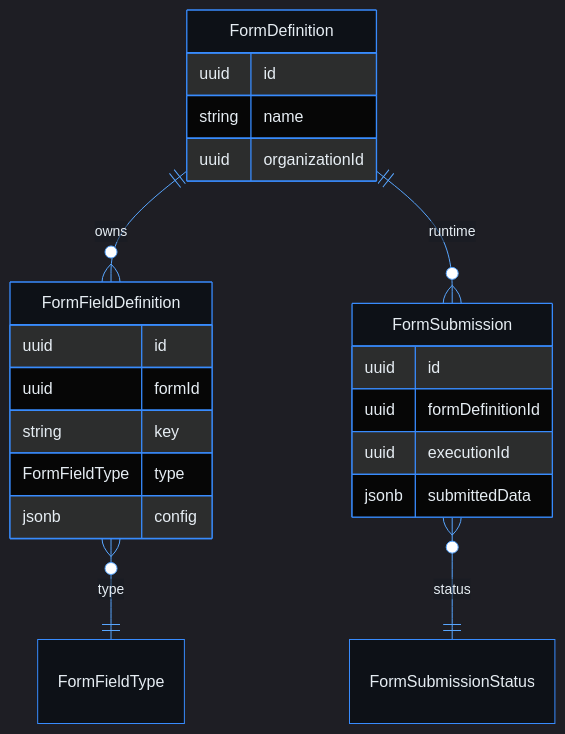
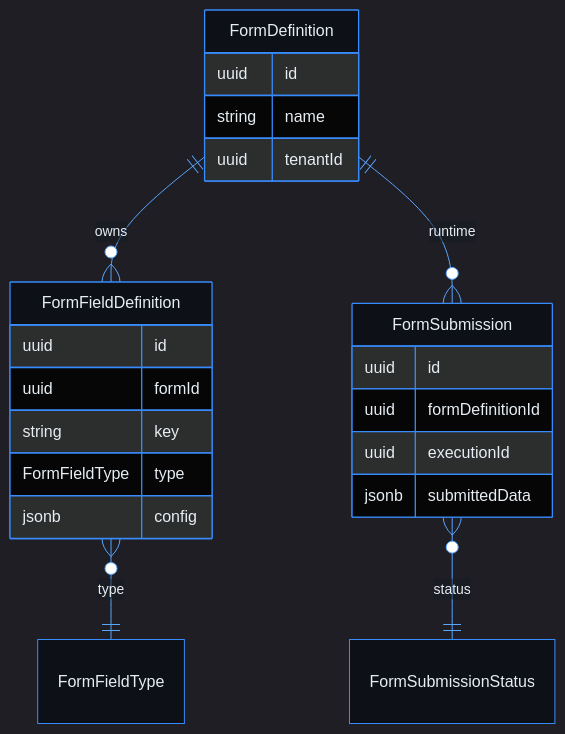
One commit to phuongnse/axis changed the diagram in docs/use-cases/form-builder/create-form/README.md. Above: the diagram before and after it, drawn with Mermaid. The commit also changed other lines of this file and 989 other files, not shown here.

Commit message:
fix(identity): replace organization with tenant

````diff
--- a/docs/use-cases/form-builder/create-form/README.md
+++ b/docs/use-cases/form-builder/create-form/README.md
@@ -71,27 +80,27 @@
 ```mermaid
 %%{init: {'theme':'dark','themeVariables':{'background':'#0d1117','mainBkg':'#0d1117','primaryColor':'#161b22','primaryBorderColor':'#388bfd','primaryTextColor':'#e6edf3','secondaryColor':'#21262d','secondaryBorderColor':'#388bfd','secondaryTextColor':'#e6edf3','tertiaryColor':'#161b22','tertiaryTextColor':'#e6edf3','lineColor':'#58a6ff','textColor':'#e6edf3','nodeBorder':'#388bfd','clusterBkg':'#161b22','clusterBorder':'#388bfd','titleColor':'#e6edf3','edgeLabelBackground':'#161b22','actorBkg':'#161b22','actorBorder':'#388bfd','actorTextColor':'#e6edf3','signalColor':'#58a6ff','labelBoxBkgColor':'#161b22','labelBoxBorderColor':'#388bfd','noteBkgColor':'#161b22','noteBorderColor':'#388bfd','noteTextColor':'#c9d1d9','activationBkgColor':'#30363d'}}}%%
 erDiagram
   FormDefinition ||--o{ FormFieldDefinition : owns
   FormFieldDefinition }o--|| FormFieldType : type
   FormDefinition ||--o{ FormSubmission : runtime
   FormSubmission }o--|| FormSubmissionStatus : status
 
   FormDefinition {
     uuid id
     string name
-    uuid organizationId
+    uuid tenantId
   }
   FormFieldDefinition {
     uuid id
     uuid formId
     string key
     FormFieldType type
     jsonb config
   }
   FormSubmission {
     uuid id
     uuid formDefinitionId
     uuid executionId
     jsonb submittedData
   }
 ```
````
